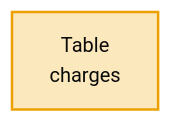
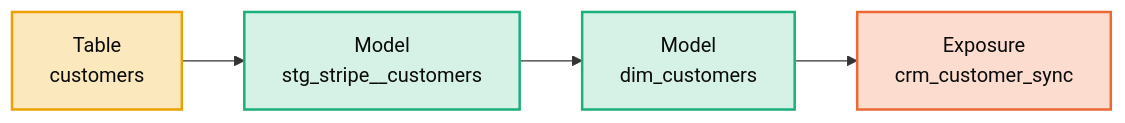
One commit to Atomz-org/data-platform changed the second of 3 diagrams in groups/acme/projects/acme-us/kg/architecture.md. Above: the diagram before and after it, drawn with Mermaid. The commit also changed other lines of this file and 8 other files, not shown here.

First line of the commit message:
Regenerate the nine maps from a graph that was actually built

````diff
--- a/groups/acme/projects/acme-us/kg/architecture.md
+++ b/groups/acme/projects/acme-us/kg/architecture.md
@@ -54,6 +54,11 @@
 ```mermaid
 flowchart LR
-    X0["Table<br/>charges"]:::raw
-    X0
+    X0["Table<br/>customers"]:::raw
+    X1["Model<br/>stg_stripe__customers"]:::model
+    X2["Model<br/>dim_customers"]:::model
+    X3["Exposure<br/>crm_customer_sync"]:::exposure
+    X0 --> X1 --> X2 --> X3
+    classDef exposure fill:#fbdccf,stroke:#eb6834,stroke-width:2px,color:#0b0b0b
+    classDef model fill:#d6f2e6,stroke:#1baf7a,stroke-width:2px,color:#0b0b0b
     classDef raw fill:#fbe8bd,stroke:#eda100,stroke-width:2px,color:#0b0b0b
 ```
````
